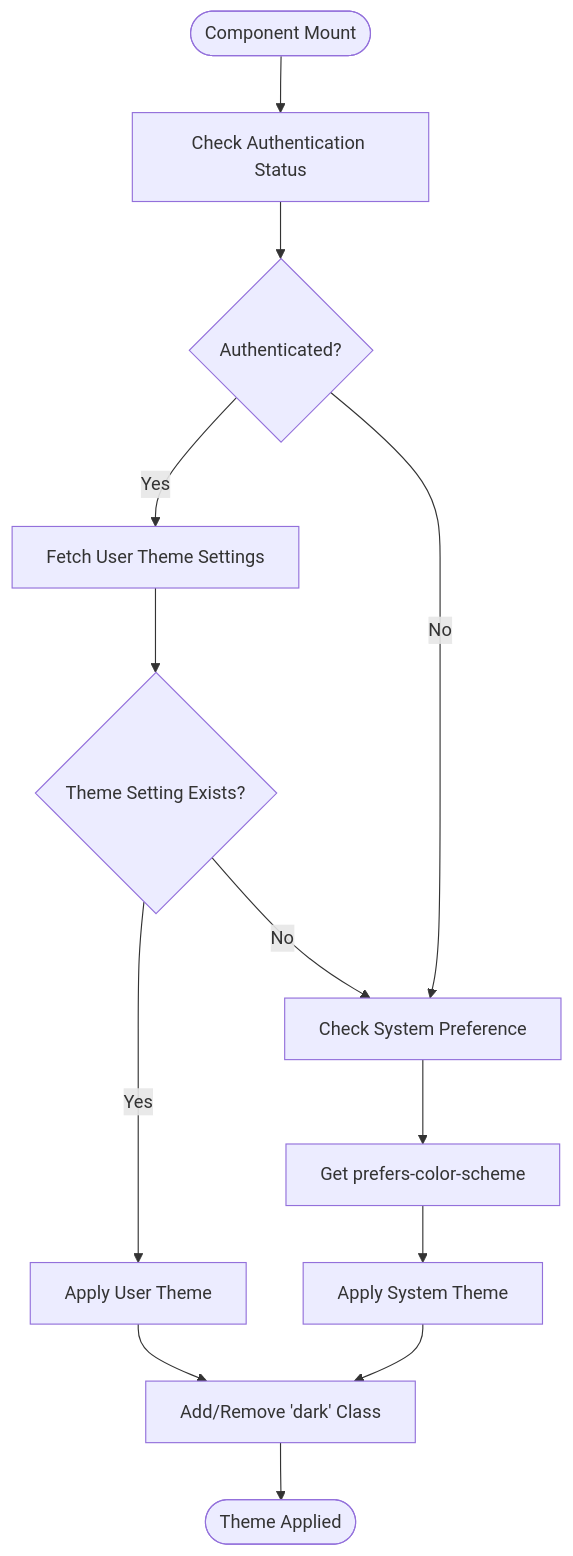
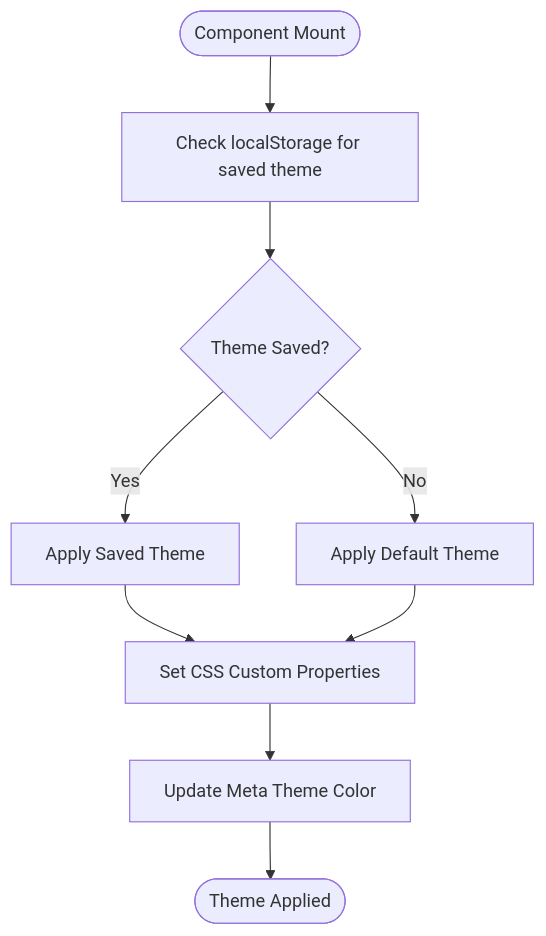
The fifth of 21 diagrams in .qoder/repowiki/en/content/Frontend Architecture/State Management.md (Brimstow/ThumPiks), drawn with Mermaid before and after one commit. The commit also changed other lines of this file and 900 other files, not shown here.

````diff
--- a/.qoder/repowiki/en/content/Frontend Architecture/State Management.md
+++ b/.qoder/repowiki/en/content/Frontend Architecture/State Management.md
@@ -128,15 +159,11 @@
 ```mermaid
 flowchart TD
-Start([Component Mount]) --> CheckAuth["Check Authentication Status"]
-CheckAuth --> Authenticated{"Authenticated?"}
-Authenticated --> |Yes| FetchUserTheme["Fetch User Theme Settings"]
-Authenticated --> |No| CheckSystemPref["Check System Preference"]
-FetchUserTheme --> ThemeExists{"Theme Setting Exists?"}
-ThemeExists --> |Yes| ApplyUserTheme["Apply User Theme"]
-ThemeExists --> |No| CheckSystemPref
-CheckSystemPref --> GetSystemPref["Get prefers-color-scheme"]
-GetSystemPref --> ApplySystemTheme["Apply System Theme"]
-ApplyUserTheme --> AddClass["Add/Remove 'dark' Class"]
-ApplySystemTheme --> AddClass
-AddClass --> End([Theme Applied])
+Start([Component Mount]) --> CheckSaved["Check localStorage for saved theme"]
+CheckSaved --> ThemeExists{"Theme Saved?"}
+ThemeExists --> |Yes| ApplySaved["Apply Saved Theme"]
+ThemeExists --> |No| ApplyDefault["Apply Default Theme"]
+ApplySaved --> SetCSSVars["Set CSS Custom Properties"]
+ApplyDefault --> SetCSSVars
+SetCSSVars --> UpdateMeta["Update Meta Theme Color"]
+UpdateMeta --> End([Theme Applied])
 ```
````
